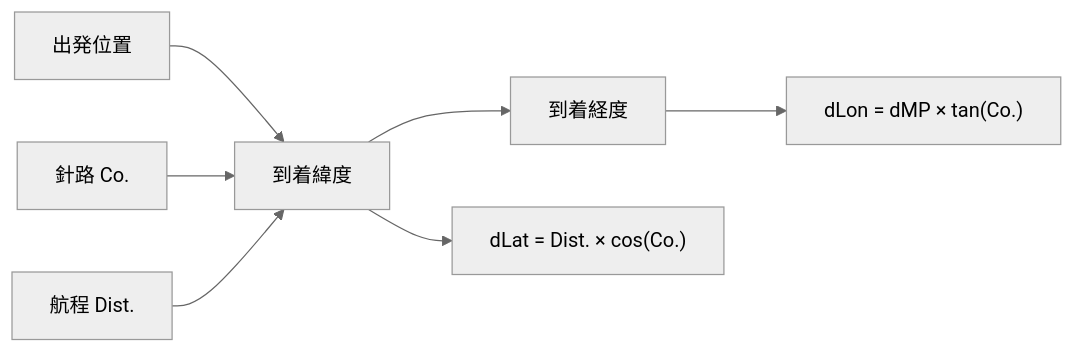
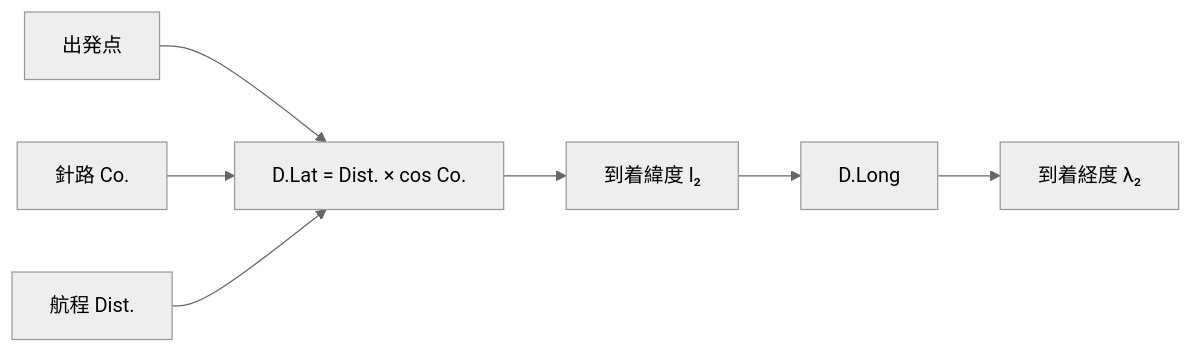
Before and after one commit to serkenn/Navigation-calculations: the second of 5 diagrams in docs/pilot1.md, drawn with Mermaid (neutral theme). The commit also changed other lines of this file and 6 other files, not shown here.

````diff
--- a/docs/pilot1.md
+++ b/docs/pilot1.md
@@ -45,9 +71,9 @@
 ```mermaid
 flowchart LR
-    A[出発位置] --> D[到着緯度]
+    A[出発点] --> D["D.Lat = Dist. × cos Co."]
     B[針路 Co.] --> D
     C[航程 Dist.] --> D
-    D --> E[到着経度]
-    D --> F["dLat = Dist. × cos(Co.)"]
-    E --> G["dLon = dMP × tan(Co.)"]
+    D --> E[到着緯度 l₂]
+    E --> F["D.Long"]
+    F --> G[到着経度 λ₂]
 ```
````
